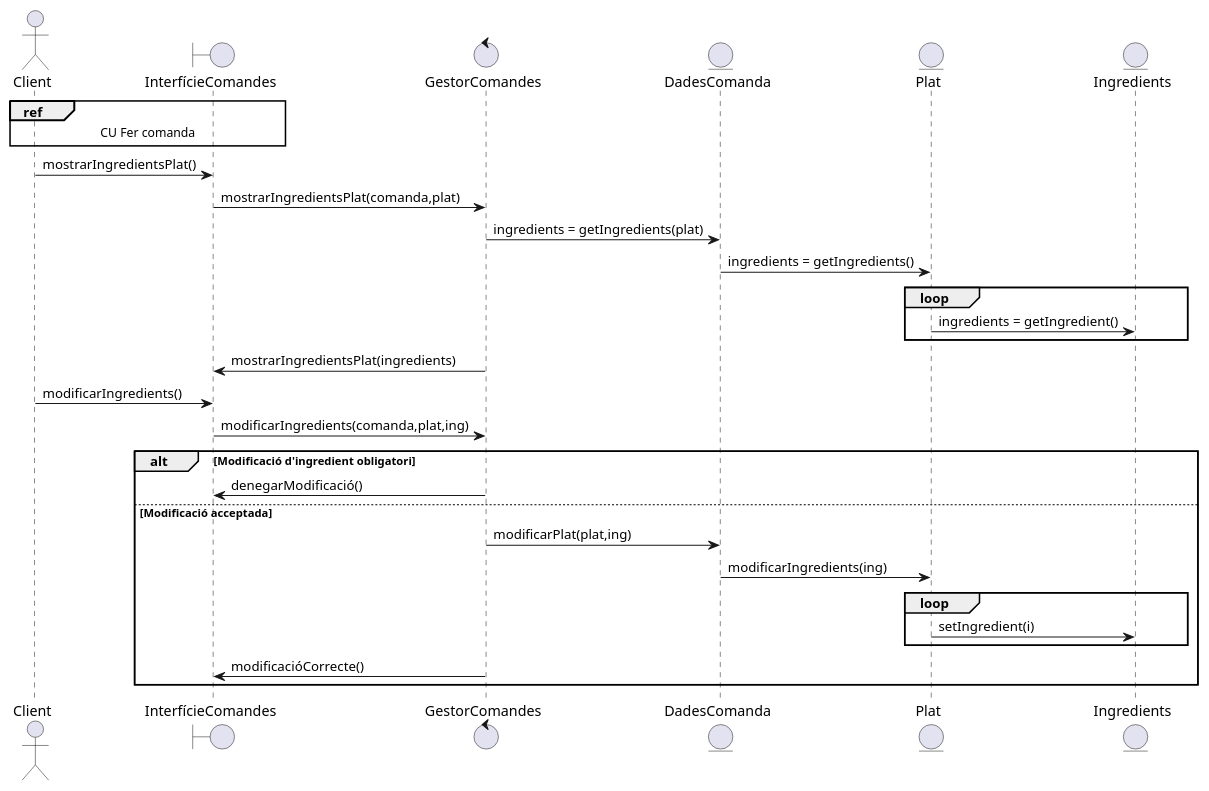
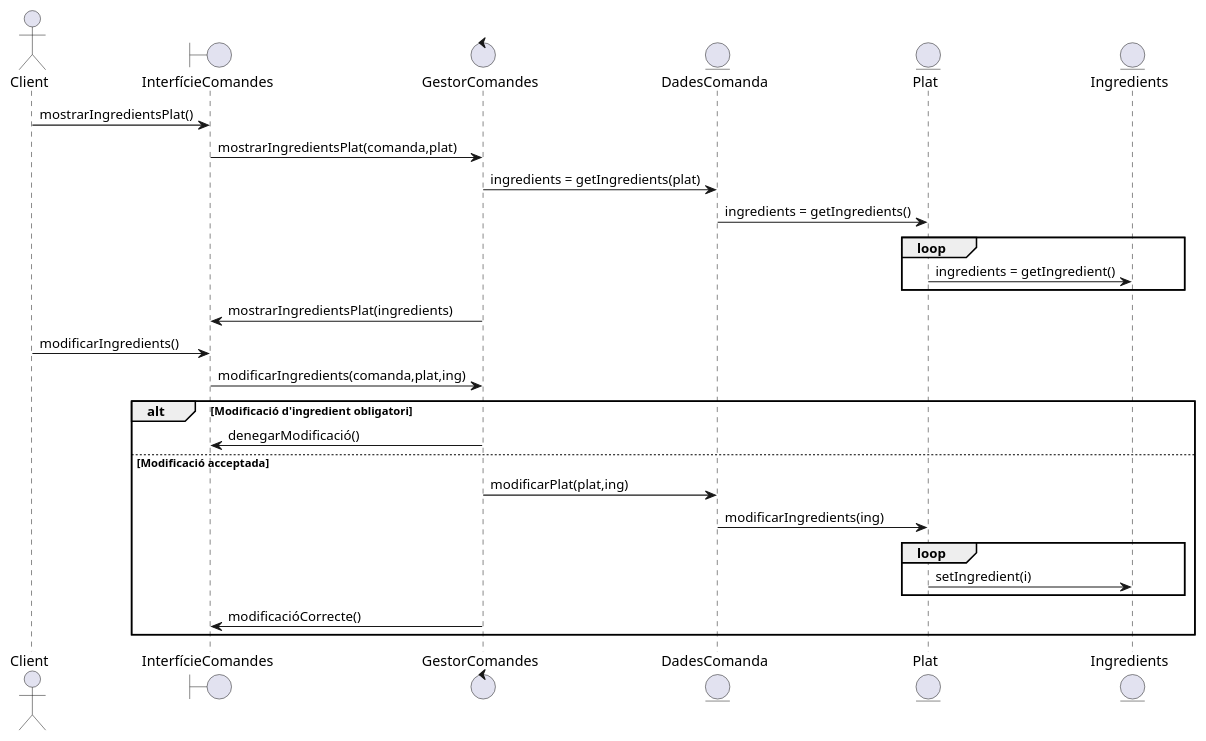
Before and after one commit to martipages/ES23UAB431-02: the diagram in documents/Diagrames i Especificacions/Seqüencia/Marc Sala/3. Modificar ingredients addicionals.puml, drawn with PlantUML. The commit also changed 6 other files, not shown here.

```diff
--- a/documents/Diagrames i Especificacions/Seqüencia/Marc Sala/3. Modificar ingredients addicionals.puml
+++ b/documents/Diagrames i Especificacions/Seqüencia/Marc Sala/3. Modificar ingredients addicionals.puml
@@ -1,38 +1,37 @@
 @startuml
 
 actor Client
 boundary InterfícieComandes
 control GestorComandes
 entity DadesComanda
 entity Plat
 entity Ingredients
 
-ref over Client,InterfícieComandes: CU Fer comanda
 
 Client -> InterfícieComandes: mostrarIngredientsPlat()
 InterfícieComandes -> GestorComandes: mostrarIngredientsPlat(comanda,plat)
 
 GestorComandes -> DadesComanda: ingredients = getIngredients(plat)
 DadesComanda -> Plat: ingredients = getIngredients()
 loop
 Plat -> Ingredients: ingredients = getIngredient()
 end
 
 GestorComandes -> InterfícieComandes: mostrarIngredientsPlat(ingredients)
 Client -> InterfícieComandes: modificarIngredients()
 InterfícieComandes -> GestorComandes: modificarIngredients(comanda,plat,ing)
 
 alt Modificació d'ingredient obligatori
 GestorComandes -> InterfícieComandes: denegarModificació()
 
 else Modificació acceptada
 GestorComandes -> DadesComanda: modificarPlat(plat,ing)
 DadesComanda -> Plat: modificarIngredients(ing)
 loop
 Plat -> Ingredients: setIngredient(i)
 end
 GestorComandes -> InterfícieComandes: modificacióCorrecte()
 end
 
 
 @enduml
```
